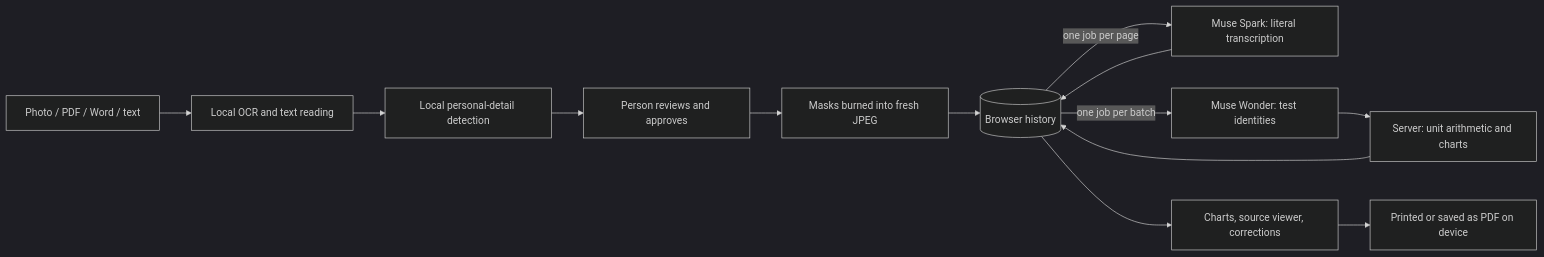
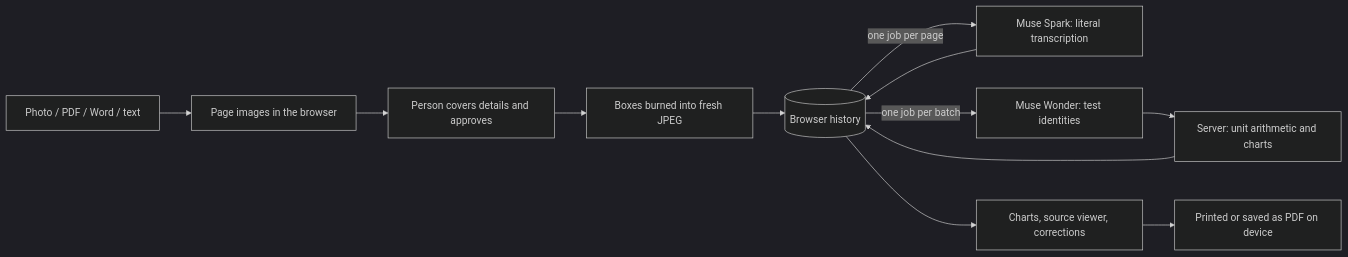
Before and after one commit to Caranea/carryover-labs: the diagram in docs/architecture.md, drawn with Mermaid (dark theme). The commit also changed other lines of this file and 5 other files, not shown here.

````diff
--- a/docs/architecture.md
+++ b/docs/architecture.md
@@ -5,15 +5,14 @@
 ```mermaid
 flowchart LR
-  F[Photo / PDF / Word / text] --> O[Local OCR and text reading]
-  O --> P[Local personal-detail detection]
-  P --> R[Person reviews and approves]
-  R --> B[Masks burned into fresh JPEG]
+  F[Photo / PDF / Word / text] --> O[Page images in the browser]
+  O --> R[Person covers details and approves]
+  R --> B[Boxes burned into fresh JPEG]
   B --> H[(Browser history)]
   H -- one job per page --> S[Muse Spark: literal transcription]
   S --> H
   H -- one job per batch --> W[Muse Wonder: test identities]
   W --> D[Server: unit arithmetic and charts]
   D --> H
   H --> C[Charts, source viewer, corrections]
   C --> A[Printed or saved as PDF on device]
 ```
````
